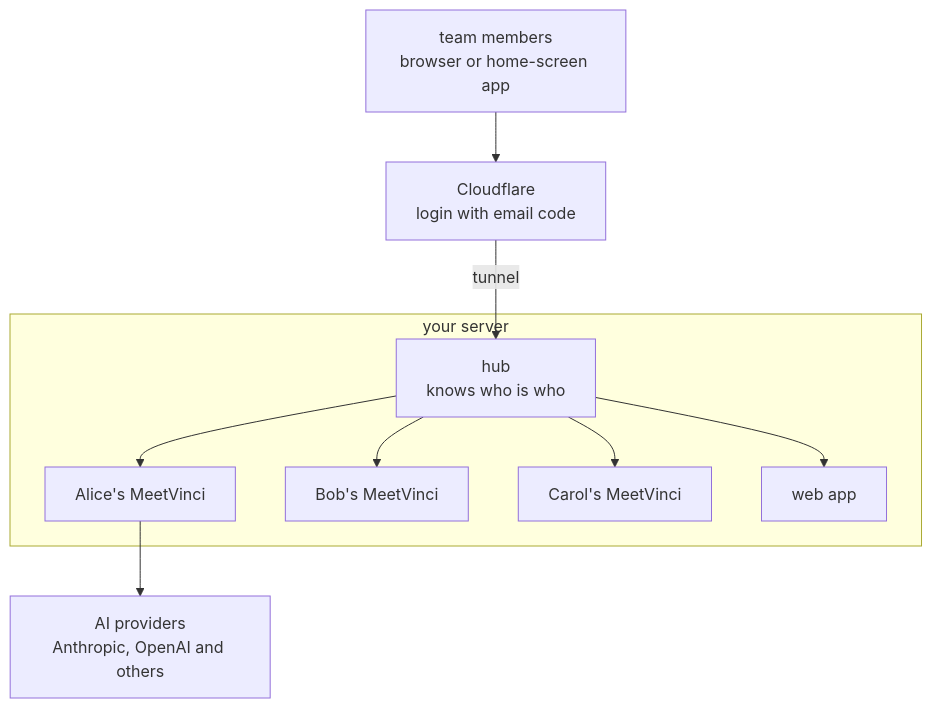
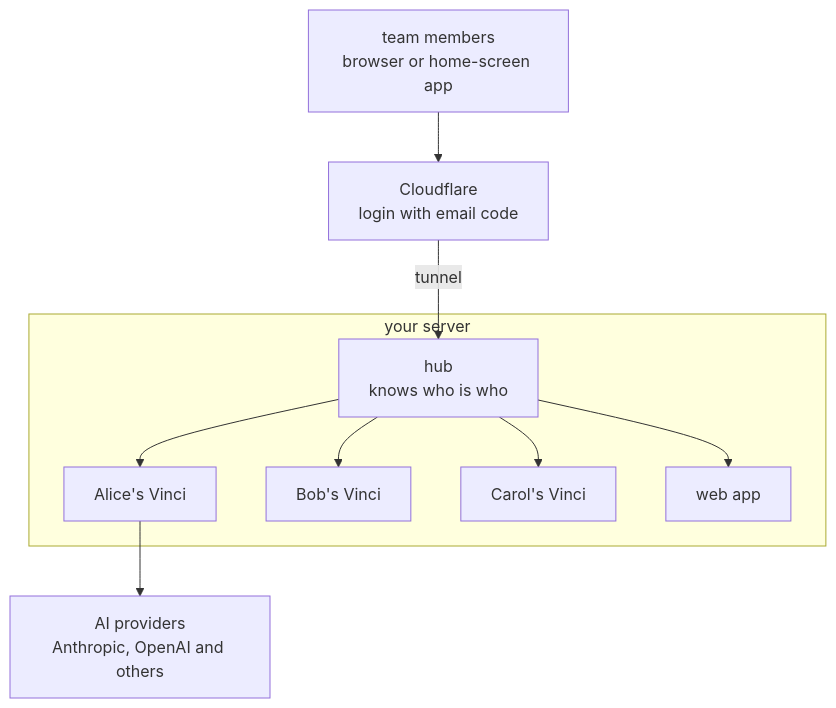
The diagram in docs/team-workspace/README.md (meetvinci/vinci), drawn with Mermaid before and after one commit. The commit also changed other lines of this file and 73 other files, not shown here.

First line of the commit message:
Rename the product from MeetVinci to Vinci everywhere

````diff
--- a/docs/team-workspace/README.md
+++ b/docs/team-workspace/README.md
@@ -20,12 +20,12 @@
 ```mermaid
 flowchart TB
   People["team members<br/>browser or home-screen app"] --> Cloudflare["Cloudflare<br/>login with email code"]
   Cloudflare -->|"tunnel"| Hub
   subgraph Server["your server"]
-    Hub["hub<br/>knows who is who"] --> A["Alice's MeetVinci"]
-    Hub --> B["Bob's MeetVinci"]
-    Hub --> C["Carol's MeetVinci"]
+    Hub["hub<br/>knows who is who"] --> A["Alice's Vinci"]
+    Hub --> B["Bob's Vinci"]
+    Hub --> C["Carol's Vinci"]
     Hub --> Web["web app"]
   end
   A --> Models["AI providers<br/>Anthropic, OpenAI and others"]
 ```
````
